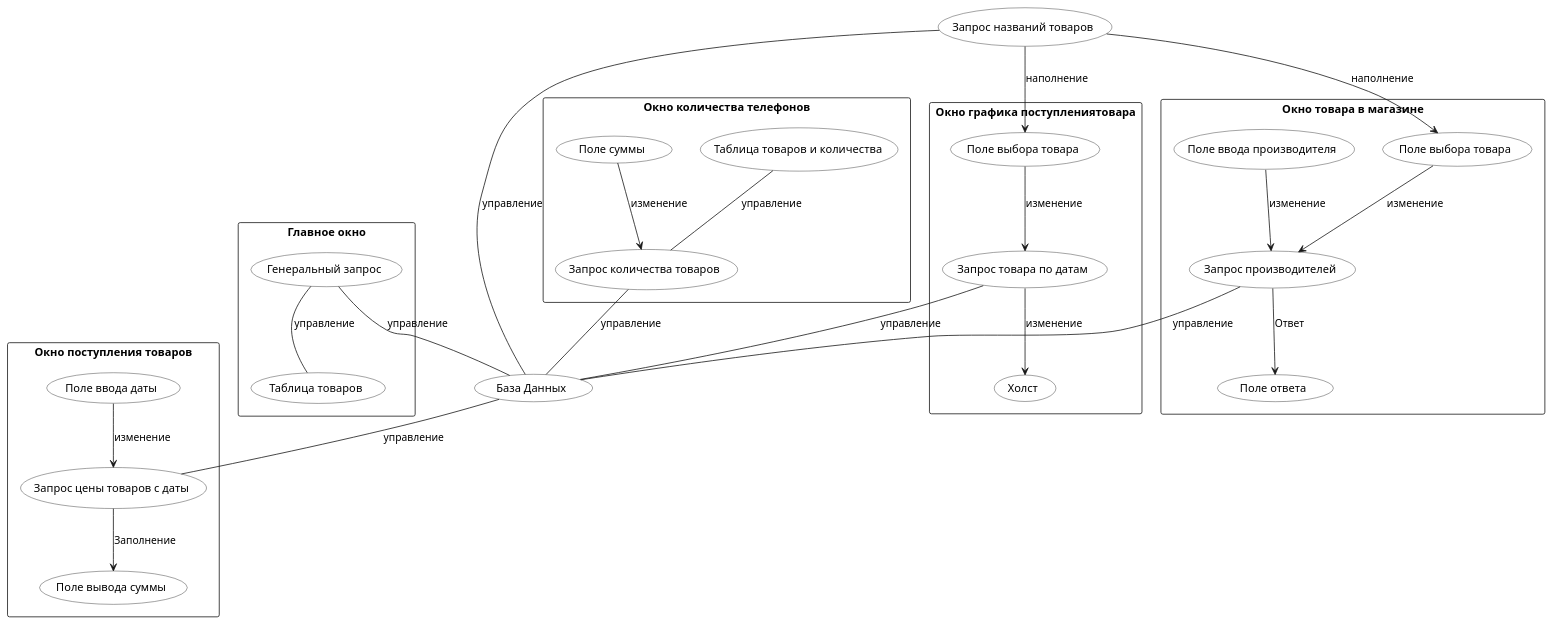
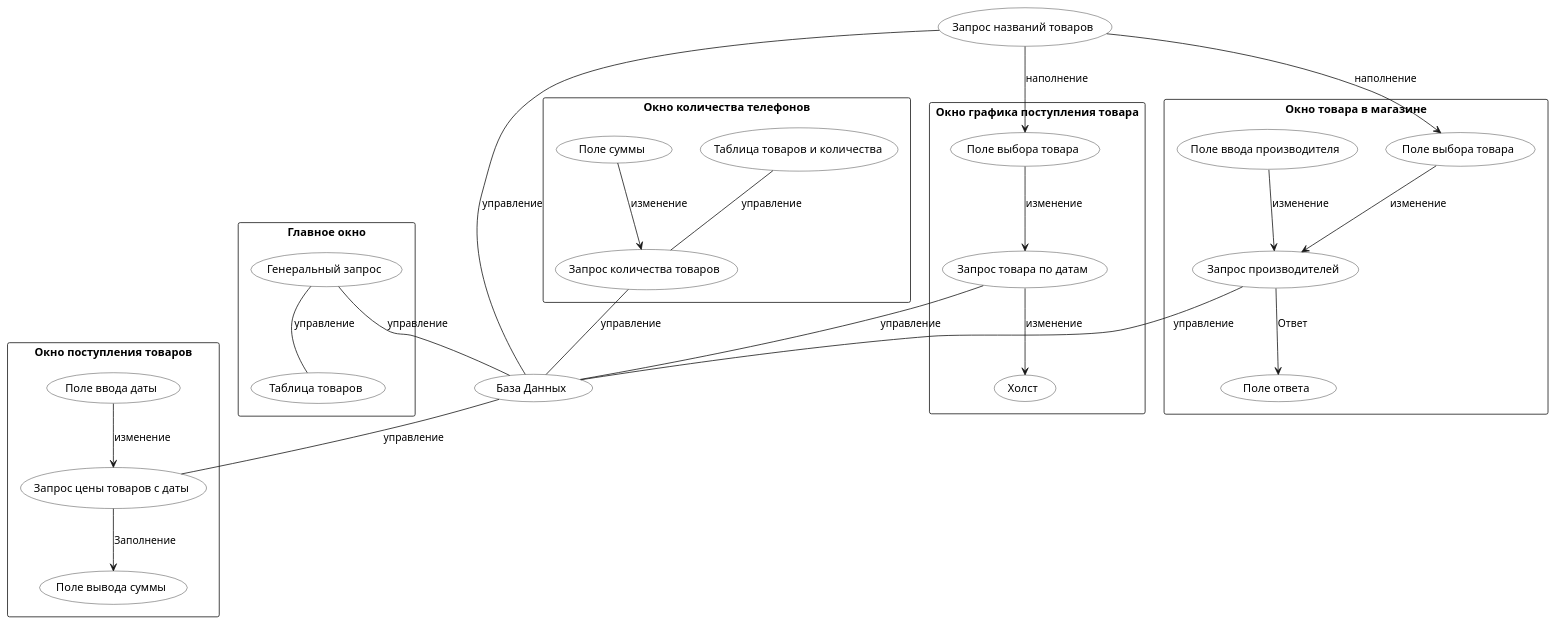
The diagram in oop/practice-01/docs/object-decomp.pu (BANOnotIT/homework), drawn with PlantUML before and after one commit. The commit also changed 2 other files, not shown here.

```diff
--- a/oop/practice-01/docs/object-decomp.pu
+++ b/oop/practice-01/docs/object-decomp.pu
@@ -1,64 +1,62 @@
 @startuml
-
 
 skinparam monochrome true
 skinparam shadowing false
 skinparam usecaseBackgroundColor transparent
 
 (База Данных) as db
 (Запрос названий товаров) as titleBrandQuery
 titleBrandQuery -- db : управление
 
 
 rectangle "Главное окно" {
   (Генеральный запрос) as query
   (Таблица товаров) as productsGrid
 }
 query -- db : управление
 query -- productsGrid : управление
 
 
 rectangle "Окно товара в магазине"{
-    (Поле выбора товара) as products1Field
-    (Поле ввода производителя) as producerField
-    (Запрос производителей) as producerQuery
-    (Поле ответа) as responseText
+  (Поле выбора товара) as products1Field
+  (Поле ввода производителя) as producerField
+  (Запрос производителей) as producerQuery
+  (Поле ответа) as responseText
 }
 titleBrandQuery --> products1Field : наполнение
 products1Field --> producerQuery : изменение
 producerQuery -- db : управление
 producerField --> producerQuery : изменение
 producerQuery --> responseText : Ответ
 
 
 rectangle "Окно количества телефонов"{
-    (Запрос количества товаров) as titleBrandCountQuery
-    (Таблица товаров и количества) as titleBrandCountGrid
-    (Поле суммы) as costField
+  (Запрос количества товаров) as titleBrandCountQuery
+  (Таблица товаров и количества) as titleBrandCountGrid
+  (Поле суммы) as costField
 }
 costField --> titleBrandCountQuery : изменение
 titleBrandCountGrid -- titleBrandCountQuery : управление
 titleBrandCountQuery -- db : управление
 
 rectangle "Окно поступления товаров" {
-    (Запрос цены товаров с даты) as sumQuery
-    (Поле ввода даты) as dateField
-    (Поле вывода суммы) as sumText
+  (Запрос цены товаров с даты) as sumQuery
+  (Поле ввода даты) as dateField
+  (Поле вывода суммы) as sumText
 }
 dateField --> sumQuery : изменение
 db -- sumQuery : управление
 sumQuery --> sumText : Заполнение
 
 
-rectangle "Окно графика поступлениятовара" {
-    (Запрос товара по датам) as titleBrandDateQuery
-    (Холст) as canvas
-    (Поле выбора товара) as titleBrandField
+rectangle "Окно графика поступления товара" {
+  (Запрос товара по датам) as titleBrandDateQuery
+  (Холст) as canvas
+  (Поле выбора товара) as titleBrandField
 }
 titleBrandQuery --> titleBrandField : наполнение
 titleBrandField --> titleBrandDateQuery : изменение
 titleBrandDateQuery -- db : управление
 titleBrandDateQuery --> canvas : изменение
 
-
 @enduml
```
